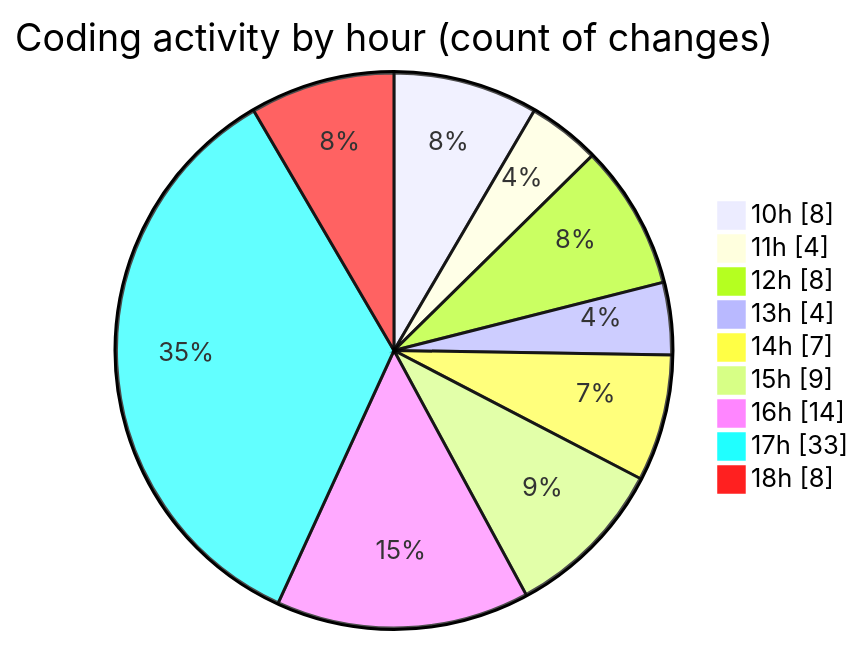
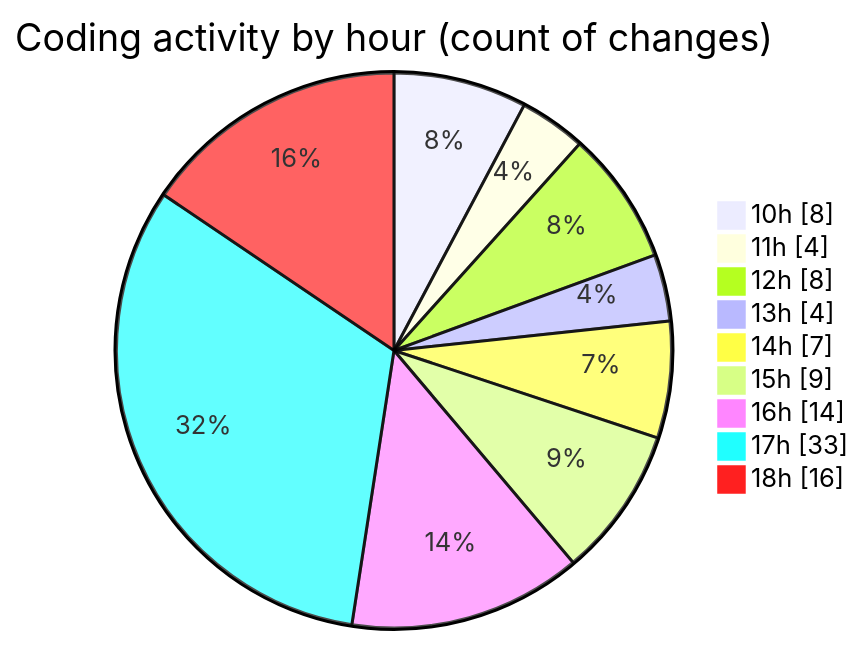
The second of 2 diagrams in 2025-08-07/nxtqube_webapp/README.md (nxtqubesakshisongat/code-tracking), drawn with Mermaid before and after one commit. The commit also changed other lines of this file and 1 other file, not shown here.

````diff
--- a/2025-08-07/nxtqube_webapp/README.md
+++ b/2025-08-07/nxtqube_webapp/README.md
@@ -35,13 +35,13 @@
 ```mermaid
 pie showData
 title Coding activity by hour (count of changes)
 "10h" : 8
 "11h" : 4
 "12h" : 8
 "13h" : 4
 "14h" : 7
 "15h" : 9
 "16h" : 14
 "17h" : 33
-"18h" : 8
+"18h" : 16
 ```
````
